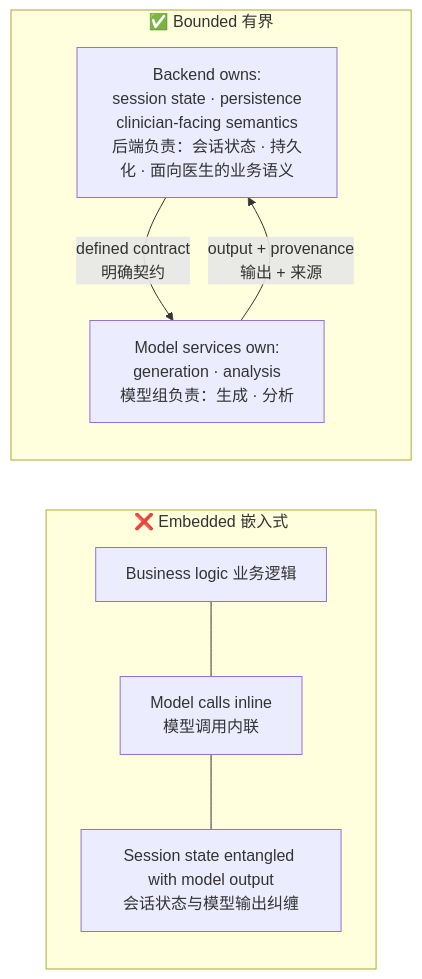
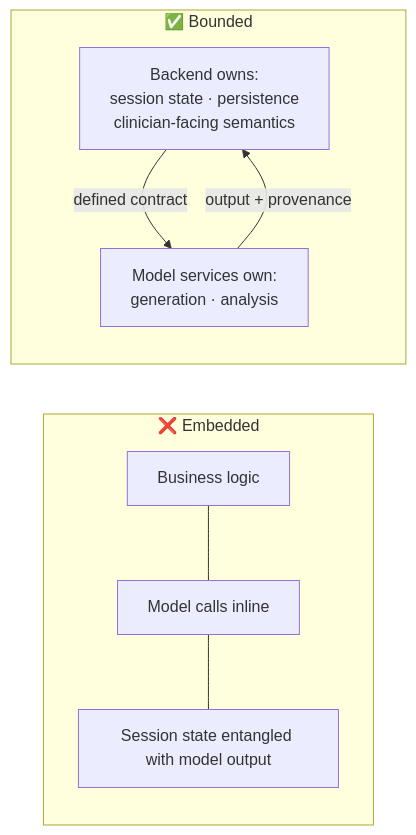
Before and after one commit to Hanwen-Tao/project-portfolio: the second of 3 diagrams in docs/03-mental-health-digital-twin.md, drawn with Mermaid. The commit also changed other lines of this file and 11 other files, not shown here.

````diff
--- a/docs/03-mental-health-digital-twin.md
+++ b/docs/03-mental-health-digital-twin.md
@@ -122,12 +136,12 @@
 ```mermaid
 flowchart LR
-    subgraph BAD ["❌ Embedded 嵌入式"]
-        X1["Business logic 业务逻辑"] --- X2["Model calls inline<br/>模型调用内联"]
-        X2 --- X3["Session state entangled with model output<br/>会话状态与模型输出纠缠"]
+    subgraph BAD ["❌ Embedded"]
+        X1["Business logic"] --- X2["Model calls inline"]
+        X2 --- X3["Session state entangled with model output"]
     end
-    subgraph GOOD ["✅ Bounded 有界"]
-        Y1["Backend owns:<br/>session state · persistence<br/>clinician-facing semantics<br/>后端负责：会话状态 · 持久化 · 面向医生的业务语义"]
-        Y1 -->|"defined contract<br/>明确契约"| Y2["Model services own:<br/>generation · analysis<br/>模型组负责：生成 · 分析"]
-        Y2 -->|"output + provenance<br/>输出 + 来源"| Y1
+    subgraph GOOD ["✅ Bounded"]
+        Y1["Backend owns:<br/>session state · persistence<br/>clinician-facing semantics"]
+        Y1 -->|defined contract| Y2["Model services own:<br/>generation · analysis"]
+        Y2 -->|output + provenance| Y1
     end
 ```
````
